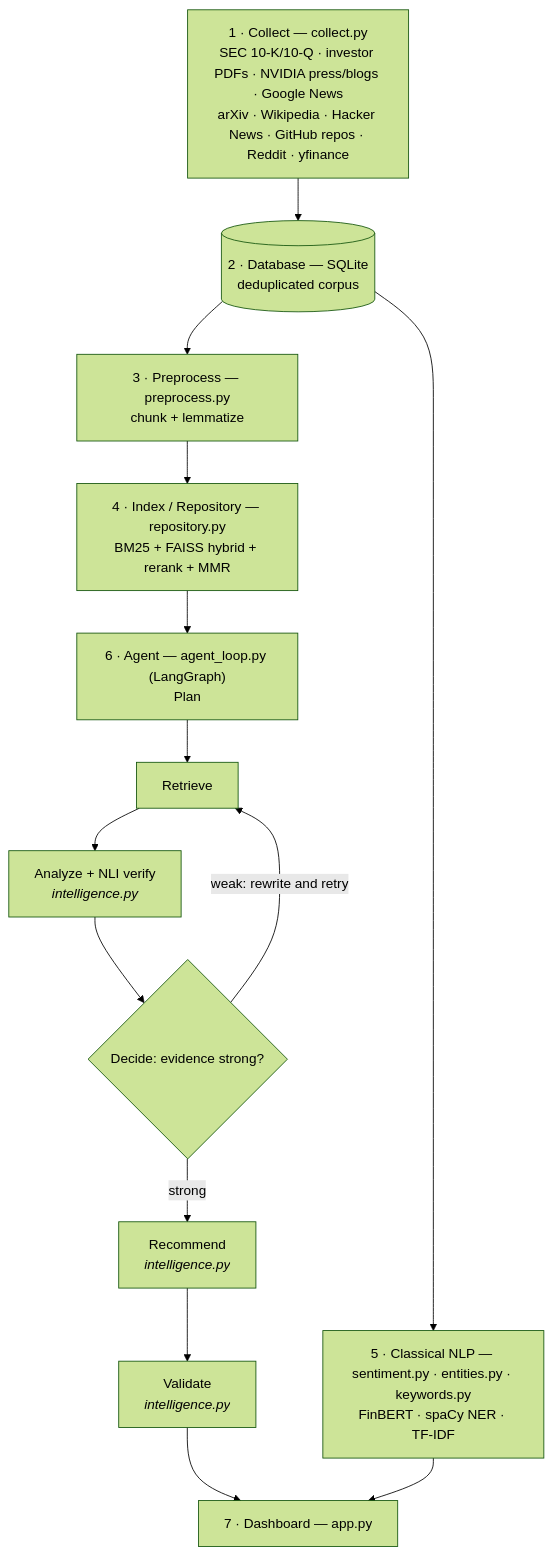
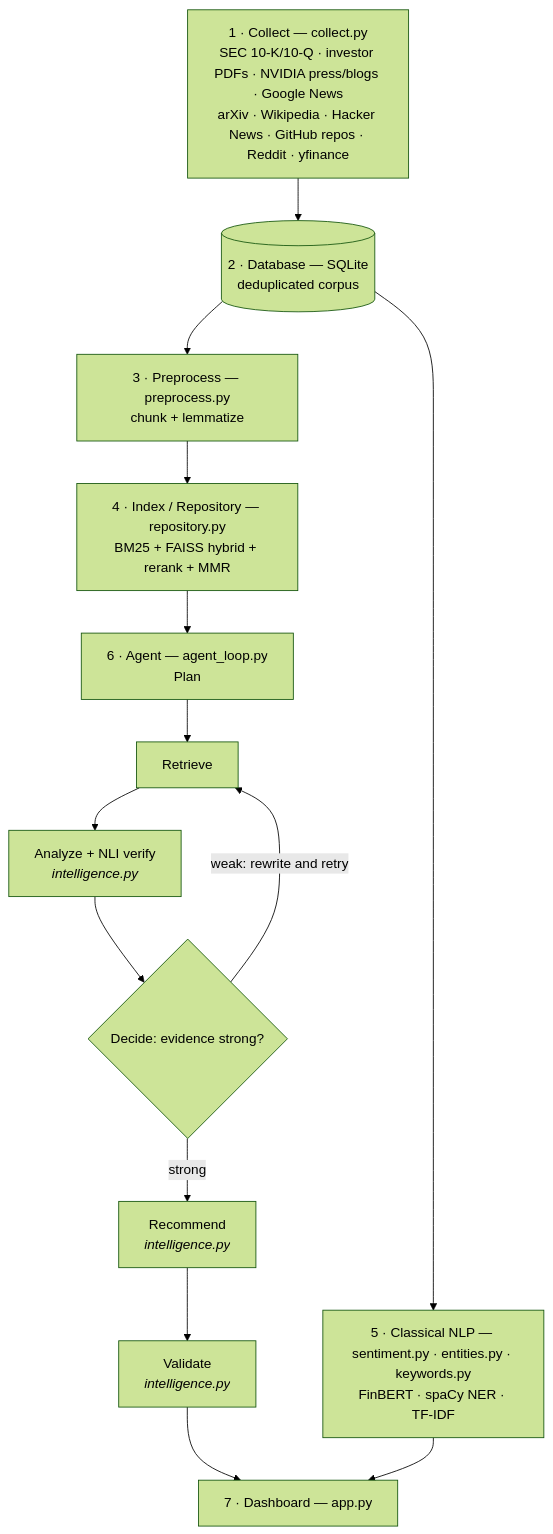
One commit to AnushkaSDBI/NVIDIA-CEO-AGENT changed the diagram in README.md. Above: the diagram before and after it, drawn with Mermaid (forest theme).

Commit message:
#Updated readme

````diff
--- a/README.md
+++ b/README.md
@@ -101,19 +101,19 @@
 ```mermaid
 flowchart TD
     SRC["1 · Collect — collect.py<br/>SEC 10-K/10-Q · investor PDFs · NVIDIA press/blogs · Google News<br/>arXiv · Wikipedia · Hacker News · GitHub repos · Reddit · yfinance"]
     SRC --> DB[("2 · Database — SQLite<br/>deduplicated corpus")]
     DB --> PRE["3 · Preprocess — preprocess.py<br/>chunk + lemmatize"]
     PRE --> IDX["4 · Index / Repository — repository.py<br/>BM25 + FAISS hybrid + rerank + MMR"]
     DB --> NLP["5 · Classical NLP — sentiment.py · entities.py · keywords.py<br/>FinBERT · spaCy NER · TF-IDF"]
 
-    IDX --> PLAN["6 · Agent — agent_loop.py (LangGraph)<br/>Plan"]
+    IDX --> PLAN["6 · Agent — agent_loop.py <br/>Plan"]
     PLAN --> RET["Retrieve"]
     RET --> ANA["Analyze + NLI verify<br/><i>intelligence.py</i>"]
     ANA --> DEC{"Decide: evidence strong?"}
     DEC -->|weak: rewrite and retry| RET
     DEC -->|strong| REC["Recommend<br/><i>intelligence.py</i>"]
     REC --> VAL["Validate<br/><i>intelligence.py</i>"]
 
     VAL --> APP["7 · Dashboard — app.py"]
     NLP --> APP
 ```
````
